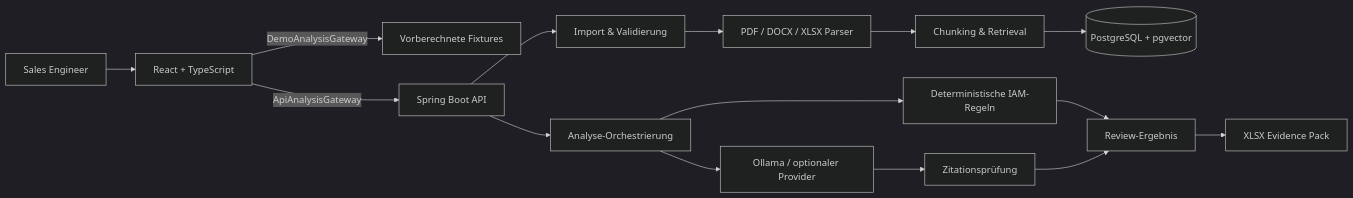
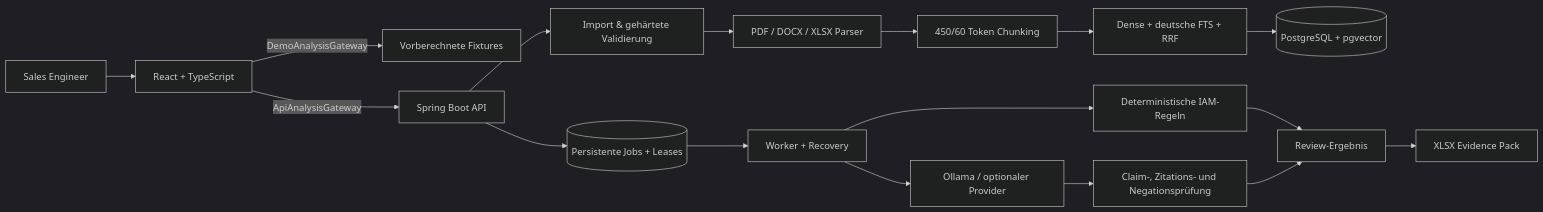
The diagram in README.md (vxx2207/evidencerfp), drawn with Mermaid (dark theme) before and after one commit. The commit also changed other lines of this file and 129 other files, not shown here.

````diff
--- a/README.md
+++ b/README.md
@@ -69,17 +74,19 @@
 ```mermaid
 flowchart LR
     U[Sales Engineer] --> UI[React + TypeScript]
     UI -->|DemoAnalysisGateway| FIX[Vorberechnete Fixtures]
     UI -->|ApiAnalysisGateway| API[Spring Boot API]
-    API --> IMP[Import & Validierung]
-    API --> ORCH[Analyse-Orchestrierung]
+    API --> IMP[Import & gehärtete Validierung]
+    API --> JOB[(Persistente Jobs + Leases)]
+    JOB --> ORCH[Worker + Recovery]
     IMP --> DOC[PDF / DOCX / XLSX Parser]
-    DOC --> RET[Chunking & Retrieval]
-    RET --> DB[(PostgreSQL + pgvector)]
+    DOC --> RET[450/60 Token Chunking]
+    RET --> HYB[Dense + deutsche FTS + RRF]
+    HYB --> DB[(PostgreSQL + pgvector)]
     ORCH --> LLM[Ollama / optionaler Provider]
     ORCH --> IAM[Deterministische IAM-Regeln]
-    LLM --> CIT[Zitationsprüfung]
+    LLM --> CIT[Claim-, Zitations- und Negationsprüfung]
     IAM --> REV[Review-Ergebnis]
     CIT --> REV
     REV --> EXP[XLSX Evidence Pack]
 ```
````
